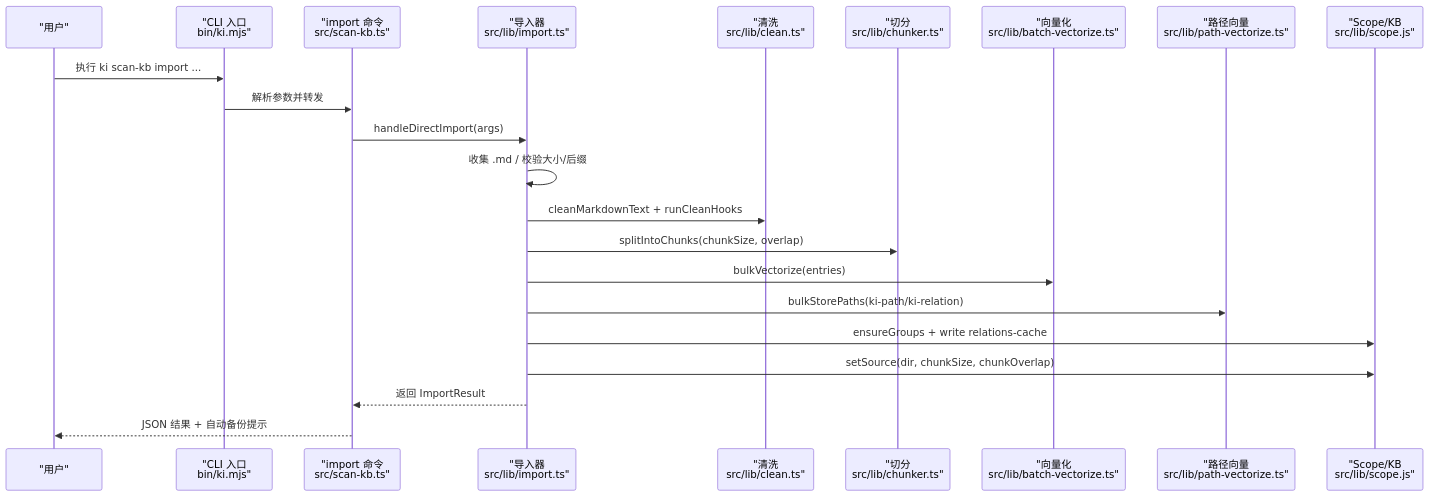
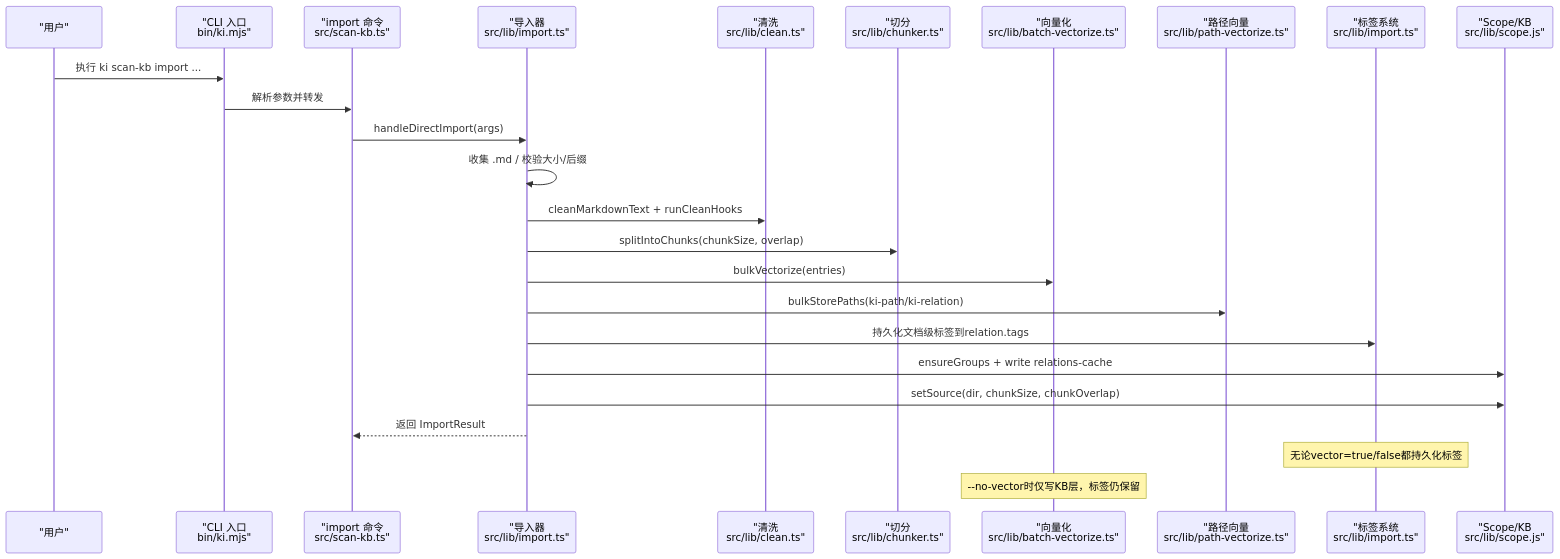
Before and after one commit to HACK-WU/kisearch: the second of 5 diagrams in .qoder/repowiki/zh/content/知识库管理/知识库导入.md, drawn with Mermaid. The commit also changed other lines of this file and 303 other files, not shown here.

````diff
--- a/.qoder/repowiki/zh/content/知识库管理/知识库导入.md
+++ b/.qoder/repowiki/zh/content/知识库管理/知识库导入.md
@@ -85,24 +102,27 @@
 ```mermaid
 sequenceDiagram
 participant U as "用户"
 participant CLI as "CLI 入口<br/>bin/ki.mjs"
 participant CMD as "import 命令<br/>src/scan-kb.ts"
 participant IMP as "导入器<br/>src/lib/import.ts"
 participant CLN as "清洗<br/>src/lib/clean.ts"
 participant CHK as "切分<br/>src/lib/chunker.ts"
 participant VEC as "向量化<br/>src/lib/batch-vectorize.ts"
 participant PVE as "路径向量<br/>src/lib/path-vectorize.ts"
+participant TAG as "标签系统<br/>src/lib/import.ts"
 participant SCO as "Scope/KB<br/>src/lib/scope.js"
 U->>CLI : 执行 ki scan-kb import ...
 CLI->>CMD : 解析参数并转发
 CMD->>IMP : handleDirectImport(args)
 IMP->>IMP : 收集 .md / 校验大小/后缀
 IMP->>CLN : cleanMarkdownText + runCleanHooks
 IMP->>CHK : splitIntoChunks(chunkSize, overlap)
 IMP->>VEC : bulkVectorize(entries)
 IMP->>PVE : bulkStorePaths(ki-path/ki-relation)
+IMP->>TAG : 持久化文档级标签到relation.tags
 IMP->>SCO : ensureGroups + write relations-cache
 IMP->>SCO : setSource(dir, chunkSize, chunkOverlap)
 IMP-->>CMD : 返回 ImportResult
-CMD-->>U : JSON 结果 + 自动备份提示
+Note over TAG : 无论vector=true/false都持久化标签
+Note over VEC : --no-vector时仅写KB层，标签仍保留
 ```
````
